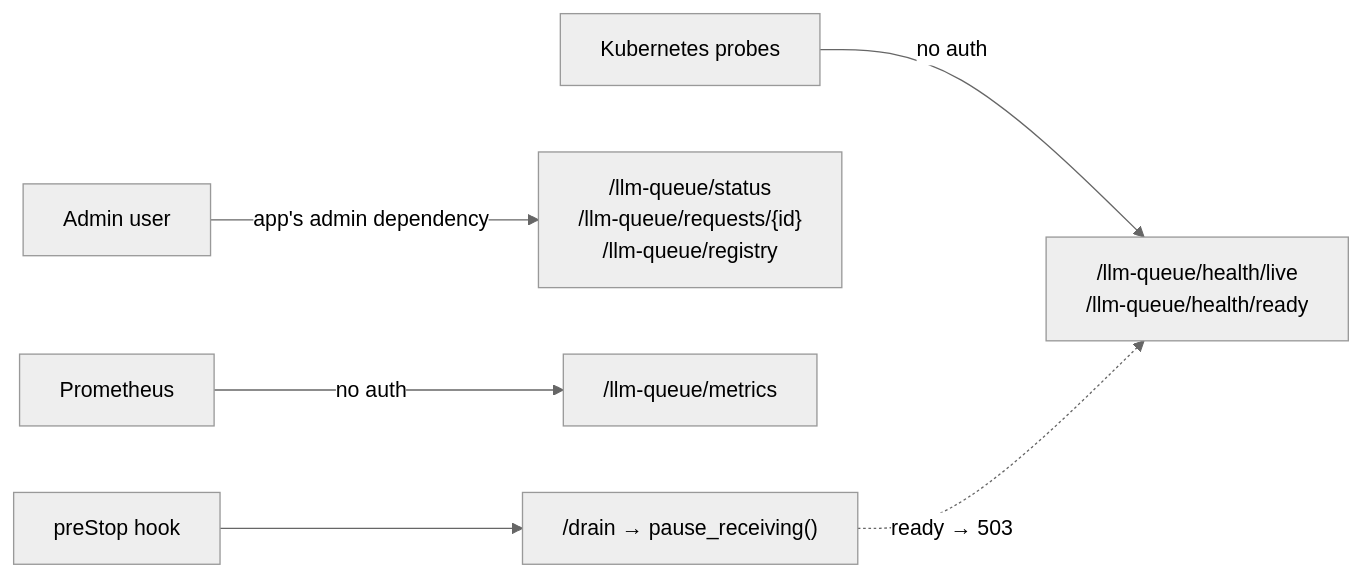
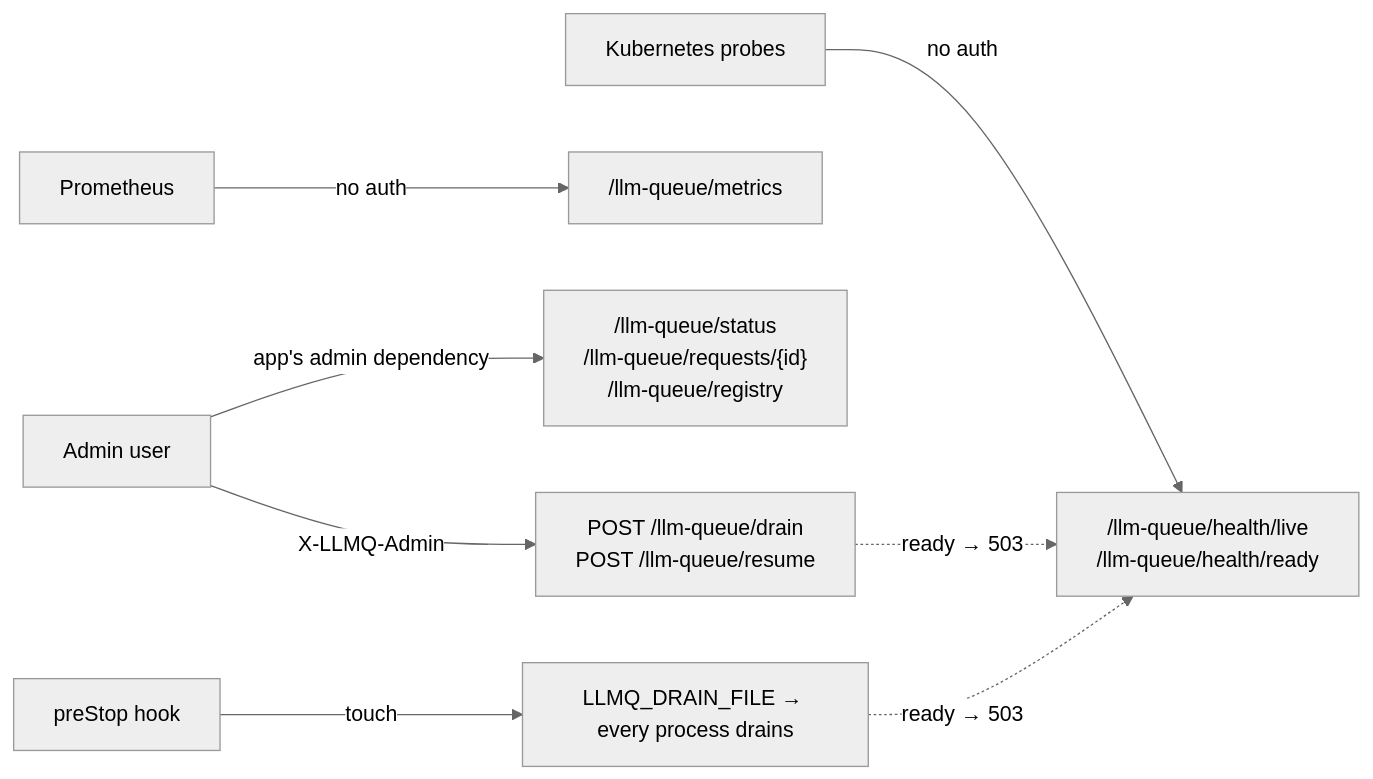
One commit to techiewonk/llm-queue changed the diagram in docs/samples/http-router.md. Above: the diagram before and after it, drawn with Mermaid (neutral theme). The commit also changed other lines of this file and 2 other files, not shown here.

First line of the commit message:
Teach the guarded drain routes and a constant-time check in sample 09

````diff
--- a/docs/samples/http-router.md
+++ b/docs/samples/http-router.md
@@ -6,8 +6,10 @@
 ```mermaid
 flowchart LR
   k8s["Kubernetes probes"] -- "no auth" --> h["/llm-queue/health/live<br/>/llm-queue/health/ready"]
   admin["Admin user"] -- "app's admin dependency" --> r["/llm-queue/status<br/>/llm-queue/requests/{id}<br/>/llm-queue/registry"]
   prom["Prometheus"] -- "no auth" --> m["/llm-queue/metrics"]
-  pre["preStop hook"] --> d["/drain → pause_receiving()"]
+  pre["preStop hook"] -- "touch" --> f["LLMQ_DRAIN_FILE → every process drains"]
+  admin -- "X-LLMQ-Admin" --> d["POST /llm-queue/drain<br/>POST /llm-queue/resume"]
+  f -. "ready → 503" .-> h
   d -. "ready → 503" .-> h
 ```
````
